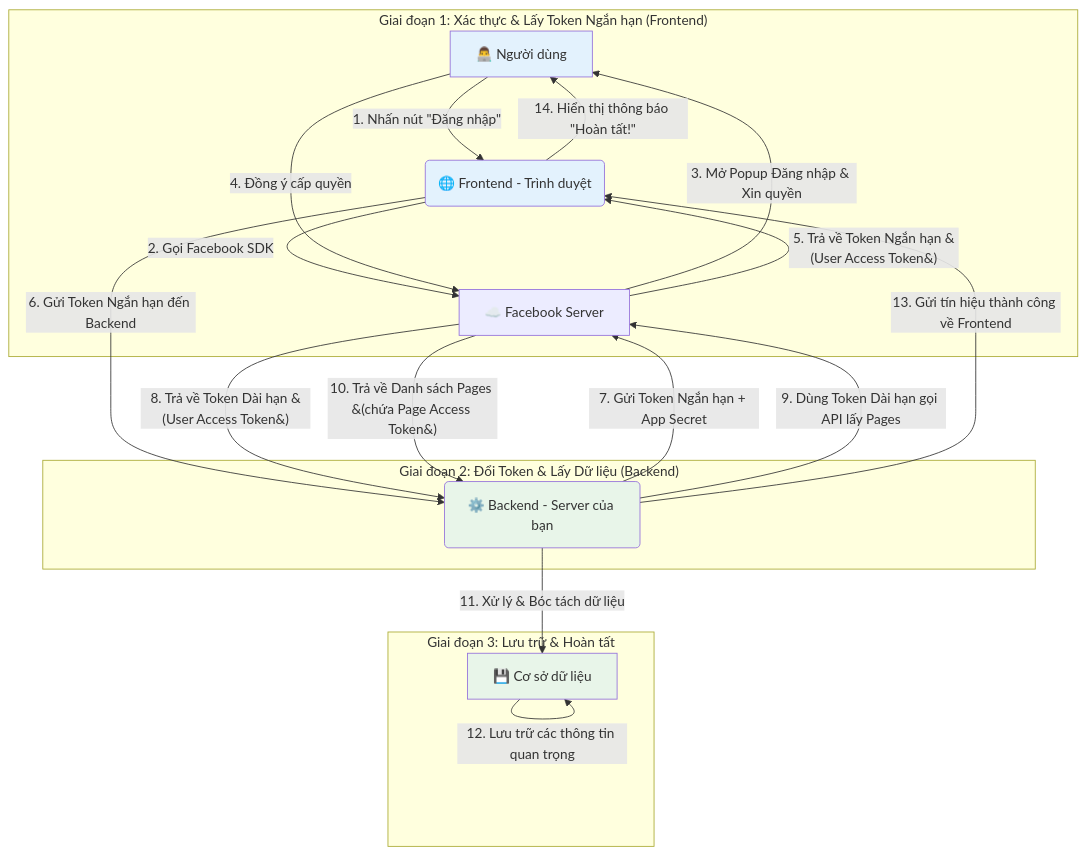
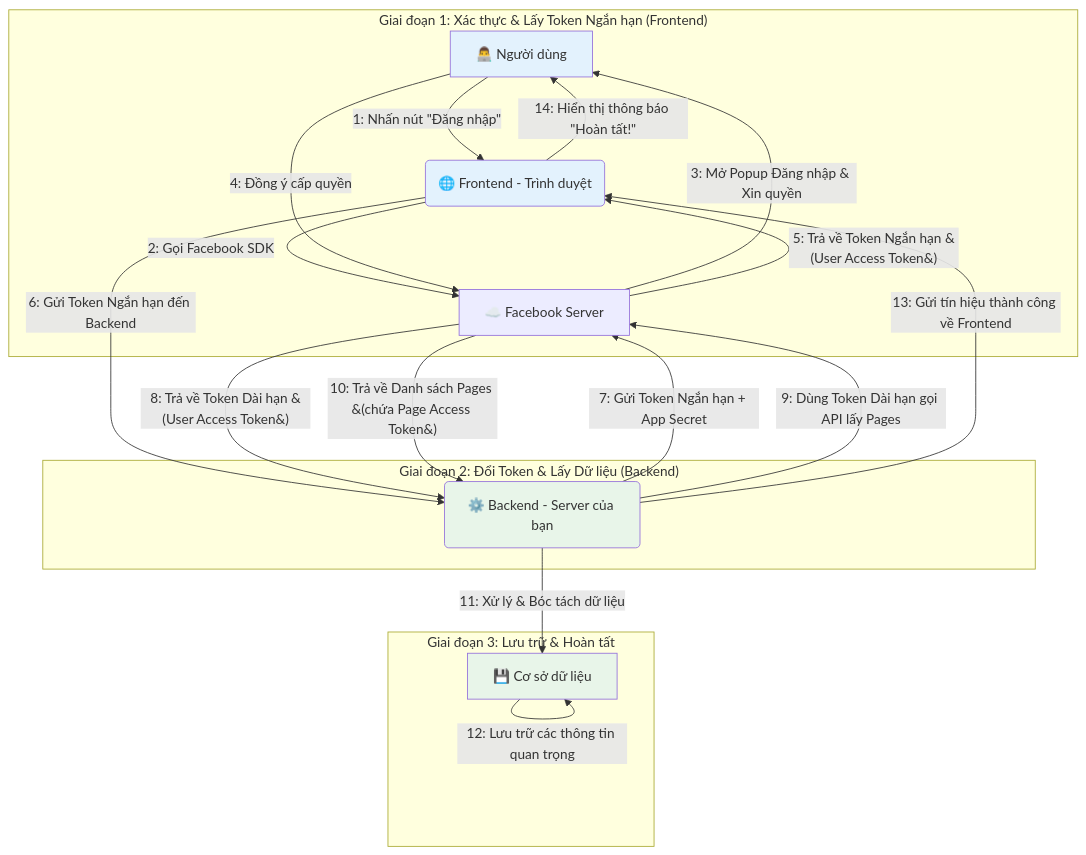
The diagram in abc.md (tralv1612/tralv1612), drawn with Mermaid before and after one commit.

````diff
--- a/abc.md
+++ b/abc.md
@@ -1,30 +1,30 @@
 ```mermaid
 graph TD
     subgraph "Giai đoạn 1: Xác thực & Lấy Token Ngắn hạn (Frontend)"
-        A[👨‍💻 Người dùng] -->|1. Nhấn nút &quot;Đăng nhập&quot;| B(🌐 Frontend - Trình duyệt);
-        B -->|2. Gọi Facebook SDK| C[☁️ Facebook Server];
-        C -->|3. Mở Popup Đăng nhập & Xin quyền| A;
-        A -->|4. Đồng ý cấp quyền| C;
-        C -->|5. Trả về Token Ngắn hạn &#40;User Access Token&#41;| B;
+        A[👨‍💻 Người dùng] -->|1: Nhấn nút &quot;Đăng nhập&quot;| B(🌐 Frontend - Trình duyệt);
+        B -->|2: Gọi Facebook SDK| C[☁️ Facebook Server];
+        C -->|3: Mở Popup Đăng nhập & Xin quyền| A;
+        A -->|4: Đồng ý cấp quyền| C;
+        C -->|5: Trả về Token Ngắn hạn &#40;User Access Token&#41;| B;
     end
 
     subgraph "Giai đoạn 2: Đổi Token & Lấy Dữ liệu (Backend)"
-        B -->|6. Gửi Token Ngắn hạn đến Backend| D(⚙️ Backend - Server của bạn);
-        D -->|7. Gửi Token Ngắn hạn + App Secret| C;
-        C -->|8. Trả về Token Dài hạn &#40;User Access Token&#41;| D;
-        D -->|9. Dùng Token Dài hạn gọi API lấy Pages| C;
-        C -->|10. Trả về Danh sách Pages &#40;chứa Page Access Token&#41;| D;
+        B -->|6: Gửi Token Ngắn hạn đến Backend| D(⚙️ Backend - Server của bạn);
+        D -->|7: Gửi Token Ngắn hạn + App Secret| C;
+        C -->|8: Trả về Token Dài hạn &#40;User Access Token&#41;| D;
+        D -->|9: Dùng Token Dài hạn gọi API lấy Pages| C;
+        C -->|10: Trả về Danh sách Pages &#40;chứa Page Access Token&#41;| D;
     end
 
     subgraph "Giai đoạn 3: Lưu trữ & Hoàn tất"
-        D -->|11. Xử lý & Bóc tách dữ liệu| E[💾 Cơ sở dữ liệu];
-        E -->|12. Lưu trữ các thông tin quan trọng| E;
-        D -->|13. Gửi tín hiệu thành công về Frontend| B;
-        B -->|14. Hiển thị thông báo &quot;Hoàn tất!&quot;| A;
+        D -->|11: Xử lý & Bóc tách dữ liệu| E[💾 Cơ sở dữ liệu];
+        E -->|12: Lưu trữ các thông tin quan trọng| E;
+        D -->|13: Gửi tín hiệu thành công về Frontend| B;
+        B -->|14: Hiển thị thông báo &quot;Hoàn tất!&quot;| A;
     end
 
     style A fill:#e3f2fd
     style B fill:#e3f2fd
     style D fill:#e8f5e9
     style E fill:#e8f5e9
 ```
````
